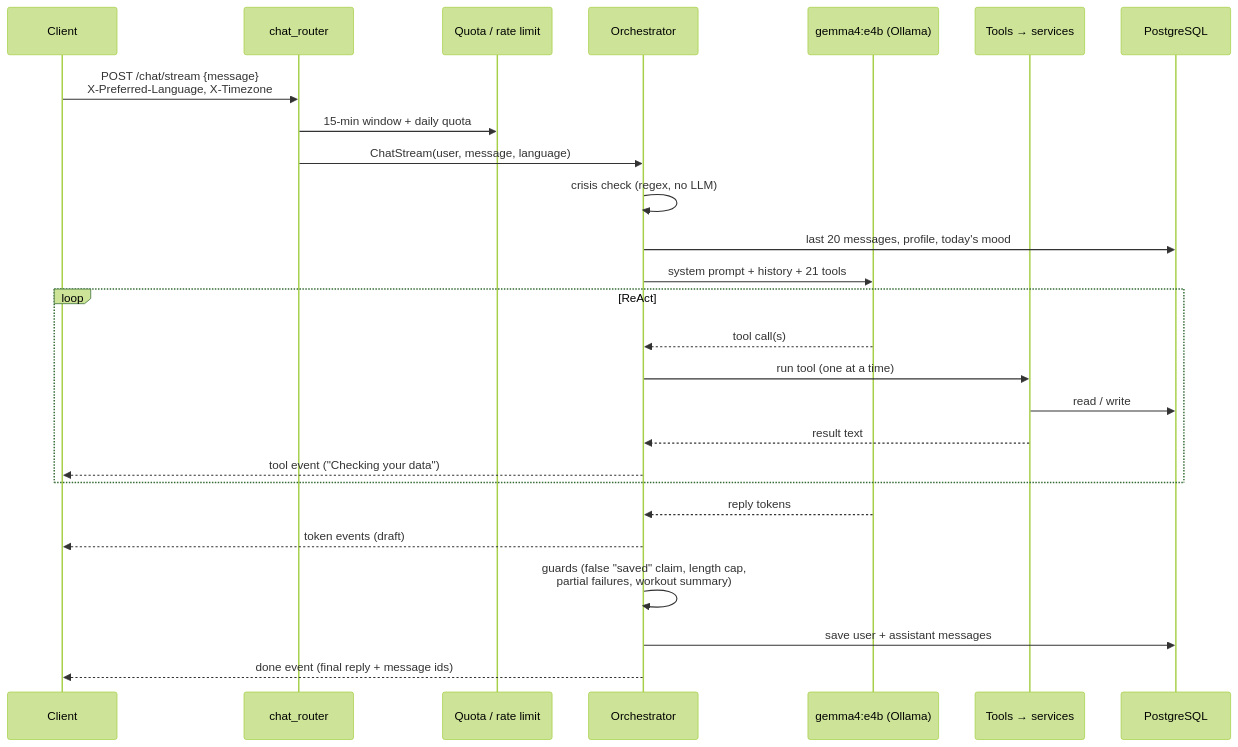
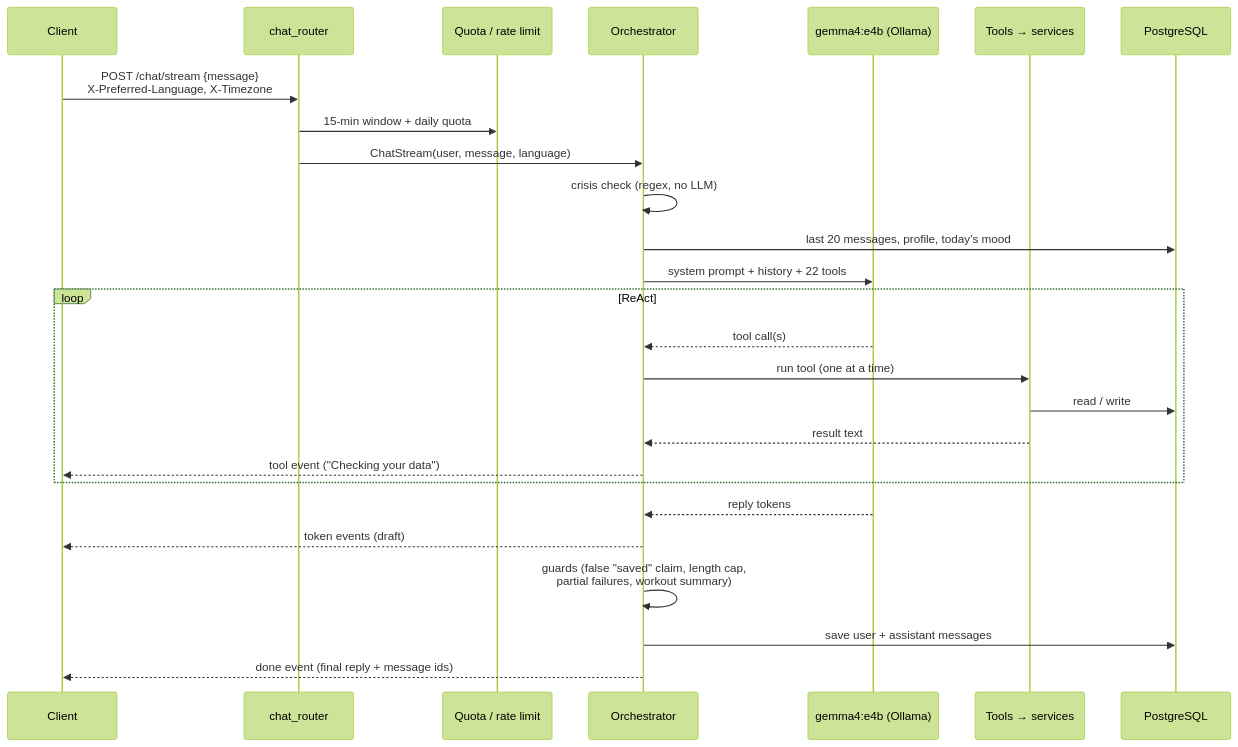
Before and after one commit to BoraErenErdem/pulse-coach: the second of 3 diagrams in docs/ARCHITECTURE.md, drawn with Mermaid (forest theme). The commit also changed other lines of this file and 2 other files, not shown here.

Commit message:
docs: README ve mimari belgesinde ajan araç sayısı 22
Adım özeti aracı (get_step_summary) eklenince araç sayısı 22 oldu; README,
README.tr ve ARCHITECTURE hâlâ 21 yazıyordu, diyagram ve AI.md ise 22.

````diff
--- a/docs/ARCHITECTURE.md
+++ b/docs/ARCHITECTURE.md
@@ -89,29 +89,29 @@
 ```mermaid
 sequenceDiagram
     participant C as Client
     participant R as chat_router
     participant Q as Quota / rate limit
     participant O as Orchestrator
     participant L as gemma4:e4b (Ollama)
     participant T as Tools → services
     participant DB as PostgreSQL
 
     C->>R: POST /chat/stream {message}<br/>X-Preferred-Language, X-Timezone
     R->>Q: 15-min window + daily quota
     R->>O: ChatStream(user, message, language)
     O->>O: crisis check (regex, no LLM)
     O->>DB: last 20 messages, profile, today's mood
-    O->>L: system prompt + history + 21 tools
+    O->>L: system prompt + history + 22 tools
     loop ReAct
         L-->>O: tool call(s)
         O->>T: run tool (one at a time)
         T->>DB: read / write
         T-->>O: result text
         O-->>C: tool event ("Checking your data")
     end
     L-->>O: reply tokens
     O-->>C: token events (draft)
     O->>O: guards (false "saved" claim, length cap,<br/>partial failures, workout summary)
     O->>DB: save user + assistant messages
     O-->>C: done event (final reply + message ids)
 ```
````
